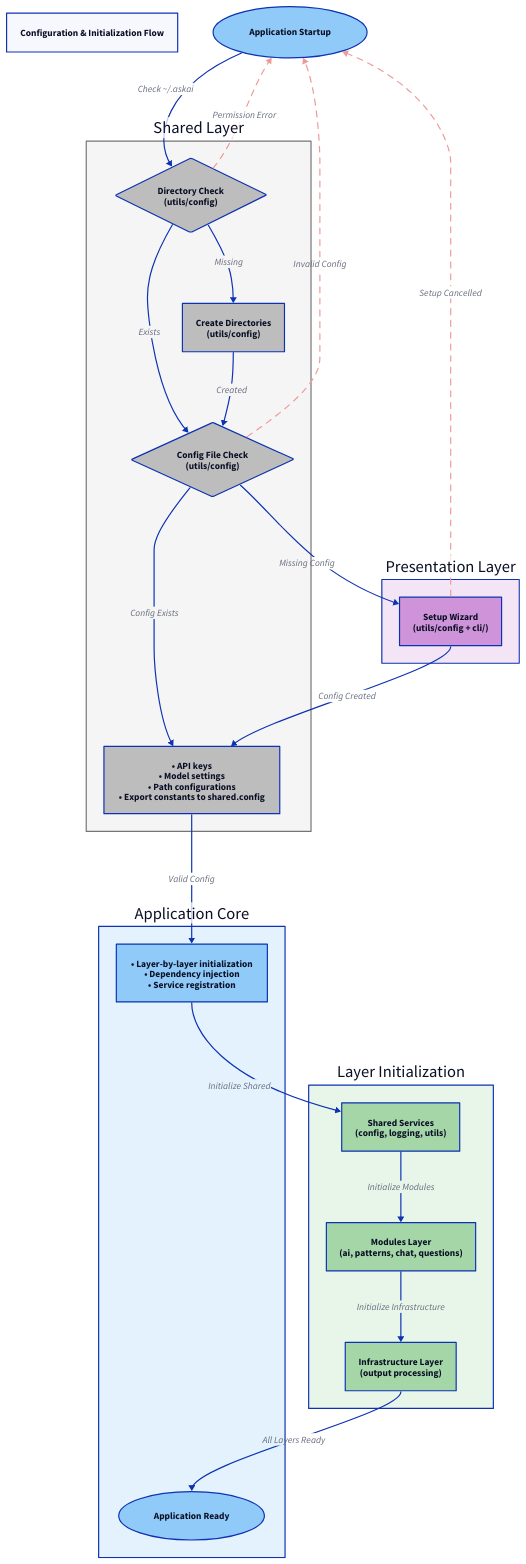
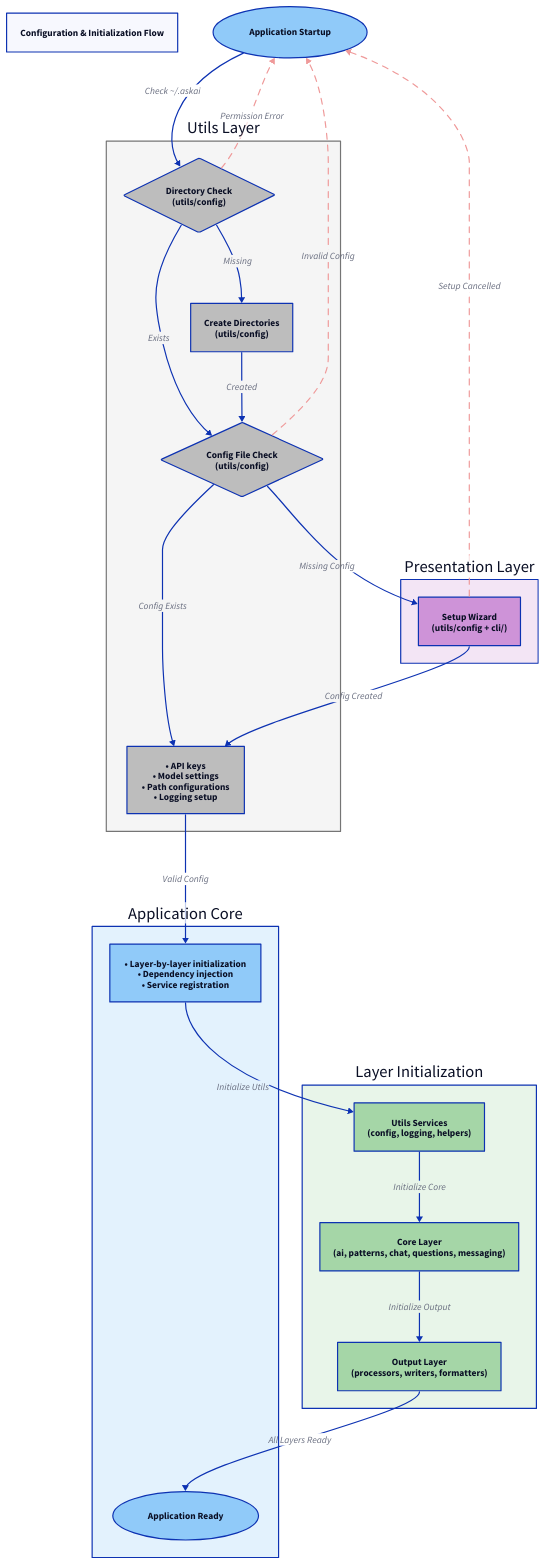
One commit to ngroegli/askai changed the diagram in docs/drawings/config_flow.d2. Above: the diagram before and after it, drawn with D2. The commit also changed 17 other files, not shown here.

Commit message:
Updated documentation for code path and architecture

```diff
--- a/docs/drawings/config_flow.d2
+++ b/docs/drawings/config_flow.d2
@@ -1,116 +1,116 @@
 # AskAI CLI - Configuration and Initialization Flow (Layered Architecture)
 title: "Configuration & Initialization Flow"
 
 startup: "Application Startup" {
   shape: oval
   style.fill: "#90CAF9" # Light Blue (core app/user)
 }
 
-# Shared Layer Configuration
-shared_config: "Shared Layer" {
+# Utils Layer Configuration
+utils_config: "Utils Layer" {
   shape: rectangle
   style.fill: "#F5F5F5" # Light Gray background
   style.stroke: "#757575"
 
   dir_check: "Directory Check\n(utils/config)" {
     shape: diamond
-    style.fill: "#BDBDBD" # Light Gray (infra)
+    style.fill: "#BDBDBD" # Light Gray
   }
 
   create_dirs: "Create Directories\n(utils/config)" {
     shape: rectangle
     style.fill: "#BDBDBD" # Light Gray
   }
 
   config_check: "Config File Check\n(utils/config)" {
     shape: diamond
     style.fill: "#BDBDBD" # Light Gray
   }
 
   load_config: "Load Configuration\n(utils/config.py)" {
     shape: rectangle
     style.fill: "#BDBDBD" # Light Gray
   }
 }
 
 # Presentation Layer Interaction
 presentation_layer: "Presentation Layer" {
   shape: rectangle
   style.fill: "#F3E5F5" # Light Purple background
 
   setup_wizard: "Setup Wizard\n(utils/config + cli/)" {
     shape: rectangle
     style.fill: "#CE93D8" # Light Purple (CLI/user interaction)
   }
 }
 
 # Application Core
 app_core: "Application Core" {
   shape: rectangle
   style.fill: "#E3F2FD" # Light Blue background
 
   init_components: "Initialize Components\n(main.py)" {
     shape: rectangle
     style.fill: "#90CAF9" # Light Blue (core app)
   }
 
   ready: "Application Ready" {
     shape: oval
     style.fill: "#90CAF9" # Light Blue (core app/user)
   }
 }
 
 # Component Initialization Details
 components: "Layer Initialization" {
   shape: rectangle
   style.fill: "#E8F5E9" # Light Green background
 
-  shared_init: "Shared Services\n(config, logging, utils)" {
+  utils_init: "Utils Services\n(config, logging, helpers)" {
     style.fill: "#A5D6A7"
   }
 
-  modules_init: "Modules Layer\n(ai, patterns, chat, questions)" {
+  core_init: "Core Layer\n(ai, patterns, chat, questions, messaging)" {
     style.fill: "#A5D6A7"
   }
 
-  infra_init: "Infrastructure Layer\n(output processing)" {
+  output_init: "Output Layer\n(processors, writers, formatters)" {
     style.fill: "#A5D6A7"
   }
 }
 
 # Flow connections
-startup -> shared_config.dir_check: "Check ~/.askai"
-shared_config.dir_check -> shared_config.create_dirs: "Missing"
-shared_config.dir_check -> shared_config.config_check: "Exists"
-shared_config.create_dirs -> shared_config.config_check: "Created"
-shared_config.config_check -> presentation_layer.setup_wizard: "Missing Config"
-shared_config.config_check -> shared_config.load_config: "Config Exists"
-presentation_layer.setup_wizard -> shared_config.load_config: "Config Created"
-shared_config.load_config -> app_core.init_components: "Valid Config"
-app_core.init_components -> components.shared_init: "Initialize Shared"
-components.shared_init -> components.modules_init: "Initialize Modules"
-components.modules_init -> components.infra_init: "Initialize Infrastructure"
-components.infra_init -> app_core.ready: "All Layers Ready"
+startup -> utils_config.dir_check: "Check ~/.askai"
+utils_config.dir_check -> utils_config.create_dirs: "Missing"
+utils_config.dir_check -> utils_config.config_check: "Exists"
+utils_config.create_dirs -> utils_config.config_check: "Created"
+utils_config.config_check -> presentation_layer.setup_wizard: "Missing Config"
+utils_config.config_check -> utils_config.load_config: "Config Exists"
+presentation_layer.setup_wizard -> utils_config.load_config: "Config Created"
+utils_config.load_config -> app_core.init_components: "Valid Config"
+app_core.init_components -> components.utils_init: "Initialize Utils"
+components.utils_init -> components.core_init: "Initialize Core"
+components.core_init -> components.output_init: "Initialize Output"
+components.output_init -> app_core.ready: "All Layers Ready"
 
 # Configuration Details
-shared_config.load_config: {
-  label: "• API keys\n• Model settings\n• Path configurations\n• Export constants to shared.config"
+utils_config.load_config: {
+  label: "• API keys\n• Model settings\n• Path configurations\n• Logging setup"
 }
 
 app_core.init_components: {
   label: "• Layer-by-layer initialization\n• Dependency injection\n• Service registration"
 }
 
 # Error handling
-shared_config.dir_check -> startup: "Permission Error" {
+utils_config.dir_check -> startup: "Permission Error" {
   style.stroke-dash: 5
   style.stroke: "#EF9A9A" # Light Red (error)
 }
-shared_config.config_check -> startup: "Invalid Config" {
+utils_config.config_check -> startup: "Invalid Config" {
   style.stroke-dash: 5
   style.stroke: "#EF9A9A" # Light Red
 }
 presentation_layer.setup_wizard -> startup: "Setup Cancelled" {
   style.stroke-dash: 5
   style.stroke: "#EF9A9A" # Light Red
 }
```
